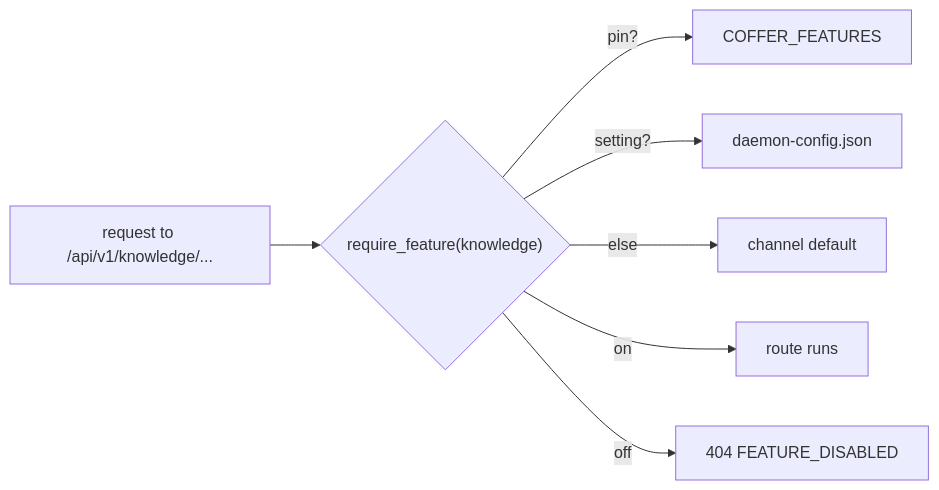
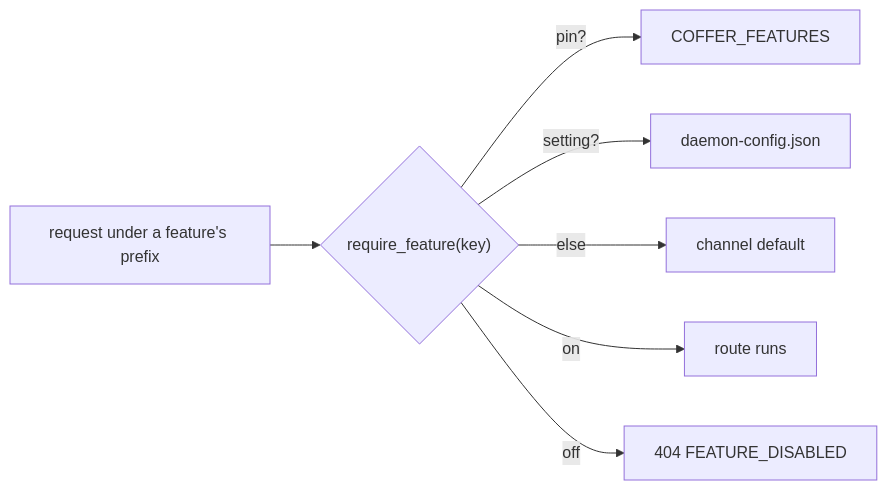
The third of 4 diagrams in docs-site/architecture/distribution.md (wyx-sg/Coffer), drawn with Mermaid before and after one commit. The commit also changed other lines of this file and 251 other files, not shown here.

````diff
--- a/docs-site/architecture/distribution.md
+++ b/docs-site/architecture/distribution.md
@@ -189,9 +185,9 @@
 ```mermaid
 flowchart LR
-    Q["request to /api/v1/knowledge/..."] --> G{"require_feature(knowledge)"}
+    Q["request under a feature's prefix"] --> G{"require_feature(key)"}
     G -->|pin?| P["COFFER_FEATURES"]
     G -->|setting?| S["daemon-config.json"]
     G -->|else| C["channel default"]
     G -->|on| R["route runs"]
     G -->|off| X["404 FEATURE_DISABLED"]
 ```
````
